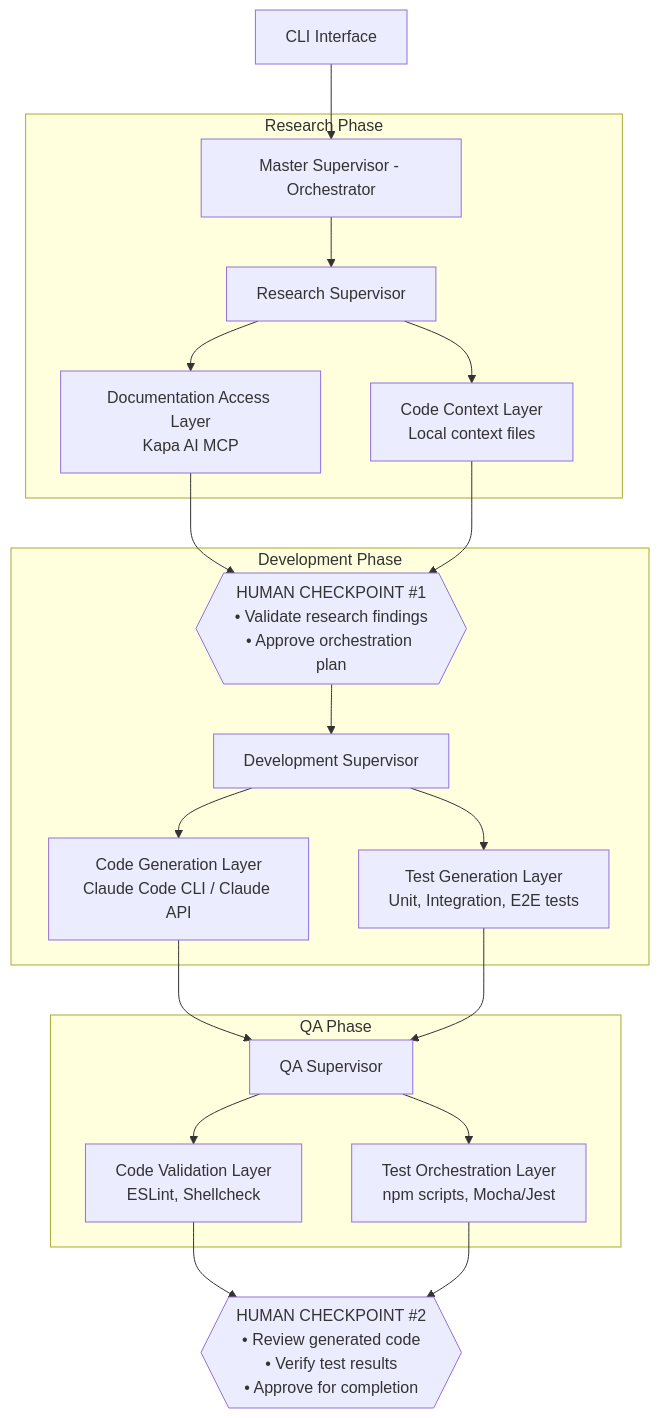
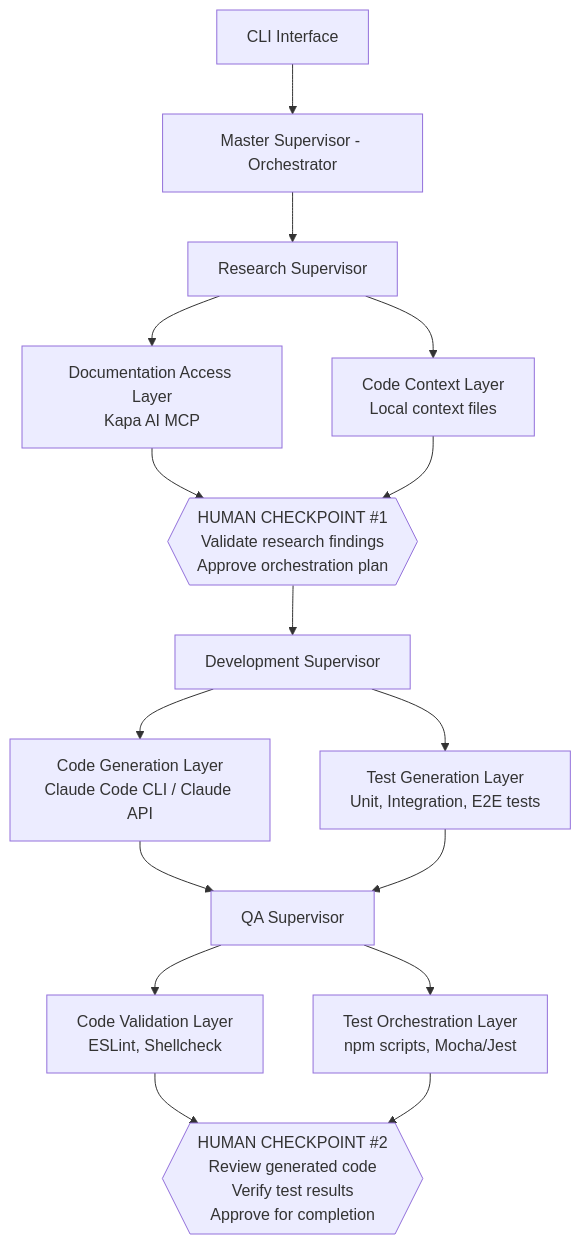
The diagram in design/CHT Hierarchical Multi-Agent System PoC.md (medic/cht-agent), drawn with Mermaid before and after one commit.

Commit message:
fix padding issue

````diff
--- a/design/CHT Hierarchical Multi-Agent System PoC.md
+++ b/design/CHT Hierarchical Multi-Agent System PoC.md
@@ -43,30 +43,32 @@
 ```mermaid
 flowchart TB
     CLI[CLI Interface]
-    CLI --> Master[Master Supervisor - Orchestrator]
+    Master[Master Supervisor - Orchestrator]
+    Research[Research Supervisor]
+    DocLayer[Documentation Access Layer<br/>Kapa AI MCP]
+    ContextLayer[Code Context Layer<br/>Local context files]
+    HC1{{"HUMAN CHECKPOINT #1<br/>Validate research findings<br/>Approve orchestration plan"}}
+    Dev[Development Supervisor]
+    CodeGen[Code Generation Layer<br/>Claude Code CLI / Claude API]
+    TestGen[Test Generation Layer<br/>Unit, Integration, E2E tests]
+    QA[QA Supervisor]
+    Validation[Code Validation Layer<br/>ESLint, Shellcheck]
+    TestOrch[Test Orchestration Layer<br/>npm scripts, Mocha/Jest]
+    HC2{{"HUMAN CHECKPOINT #2<br/>Review generated code<br/>Verify test results<br/>Approve for completion"}}
 
-    subgraph research_phase [Research Phase]
-        Master --> Research[Research Supervisor]
-        Research --> DocLayer[Documentation Access Layer<br/>Kapa AI MCP]
-        Research --> ContextLayer[Code Context Layer<br/>Local context files]
-    end
-
-    DocLayer --> HC1{{"HUMAN CHECKPOINT #1<br/>• Validate research findings<br/>• Approve orchestration plan"}}
+    CLI --> Master
+    Master --> Research
+    Research --> DocLayer
+    Research --> ContextLayer
+    DocLayer --> HC1
     ContextLayer --> HC1
-
-    subgraph dev_phase [Development Phase]
-        HC1 --> Dev[Development Supervisor]
-        Dev --> CodeGen[Code Generation Layer<br/>Claude Code CLI / Claude API]
-        Dev --> TestGen[Test Generation Layer<br/>Unit, Integration, E2E tests]
-    end
-
-    subgraph qa_phase [QA Phase]
-        CodeGen --> QA[QA Supervisor]
-        TestGen --> QA
-        QA --> Validation[Code Validation Layer<br/>ESLint, Shellcheck]
-        QA --> TestOrch[Test Orchestration Layer<br/>npm scripts, Mocha/Jest]
-    end
-
-    Validation --> HC2{{"HUMAN CHECKPOINT #2<br/>• Review generated code<br/>• Verify test results<br/>• Approve for completion"}}
+    HC1 --> Dev
+    Dev --> CodeGen
+    Dev --> TestGen
+    CodeGen --> QA
+    TestGen --> QA
+    QA --> Validation
+    QA --> TestOrch
+    Validation --> HC2
     TestOrch --> HC2
 ```
````
